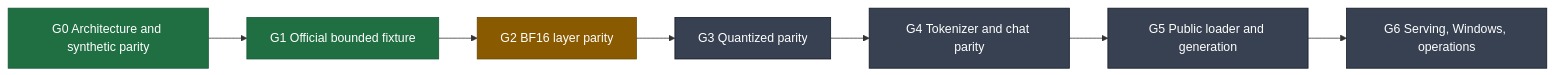
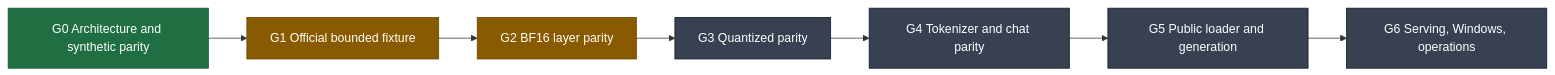
Before and after one commit to Svyable/wasted-inkling-small: the sixth of 6 diagrams in README.md, drawn with Mermaid. The commit also changed other lines of this file and 5 other files, not shown here.

````diff
--- a/README.md
+++ b/README.md
@@ -301,17 +307,17 @@
 ```mermaid
 flowchart LR
     G0[G0 Architecture and synthetic parity] --> G1[G1 Official bounded fixture]
     G1 --> G2[G2 BF16 layer parity]
     G2 --> G3[G3 Quantized parity]
     G3 --> G4[G4 Tokenizer and chat parity]
     G4 --> G5[G5 Public loader and generation]
     G5 --> G6[G6 Serving, Windows, operations]
 
     classDef done fill:#1f6f43,color:#fff,stroke:#155734;
     classDef active fill:#8a5a00,color:#fff,stroke:#6b4500;
     classDef future fill:#374151,color:#fff,stroke:#111827;
 
-    class G0,G1 done;
-    class G2 active;
+    class G0 done;
+    class G1,G2 active;
     class G3,G4,G5,G6 future;
 ```
````
